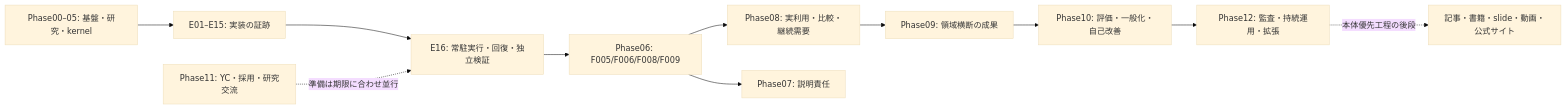
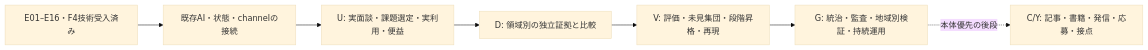
The diagram in products/manager/docs/roadmap/START_TO_END_20261022.md (Daisuke134/life-manager), drawn with Mermaid (base theme) before and after one commit. The commit also changed other lines of this file and 11 other files, not shown here.

````diff
--- a/products/manager/docs/roadmap/START_TO_END_20261022.md
+++ b/products/manager/docs/roadmap/START_TO_END_20261022.md
@@ -11,13 +11,9 @@
 ```mermaid
 flowchart LR
-    A[Phase00–05: 基盤・研究・kernel] --> E[E01–E15: 実装の証跡]
-    E --> X[E16: 常駐実行・回復・独立検証]
-    X --> F[Phase06: F005/F006/F008/F009]
-    F --> U[Phase08: 実利用・比較・継続需要]
-    U --> D[Phase09: 領域横断の成果]
-    D --> V[Phase10: 評価・一般化・自己改善]
-    V --> G[Phase12: 監査・持続運用・拡張]
-    F --> C[Phase07: 説明責任]
-    Y[Phase11: YC・採用・研究交流] -. 準備は期限に合わせ並行 .-> X
-    G -. 本体優先工程の後段 .-> P[記事・書籍・slide・動画・公式サイト]
+ E[E01–E16・F4技術受入済み] --> A[既存AI・状態・channelの接続]
+ A --> U[U: 実面談・課題選定・実利用・便益]
+ U --> D[D: 領域別の独立証拠と比較]
+ D --> V[V: 評価・未見集団・段階昇格・再現]
+ V --> G[G: 統治・監査・地域別検証・持続運用]
+ G -. 本体優先の後段 .-> C[C/Y: 記事・書籍・発信・応募・接点]
 ```
````
